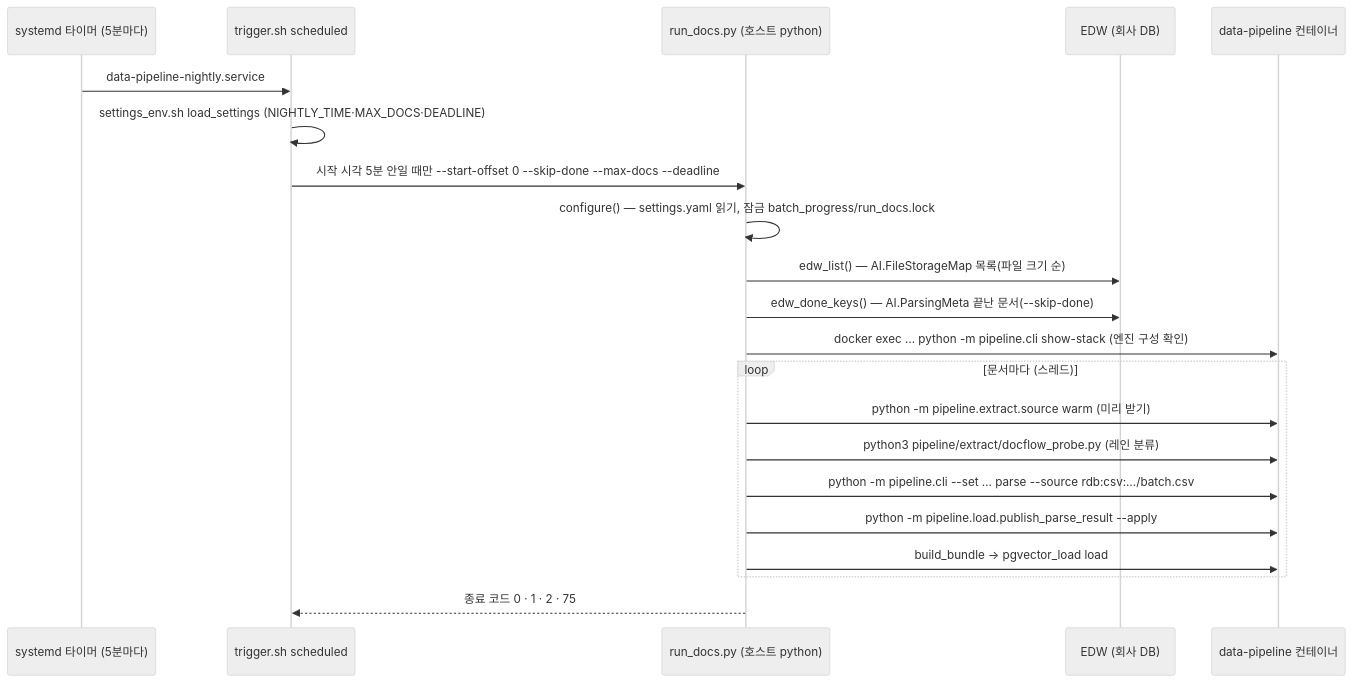
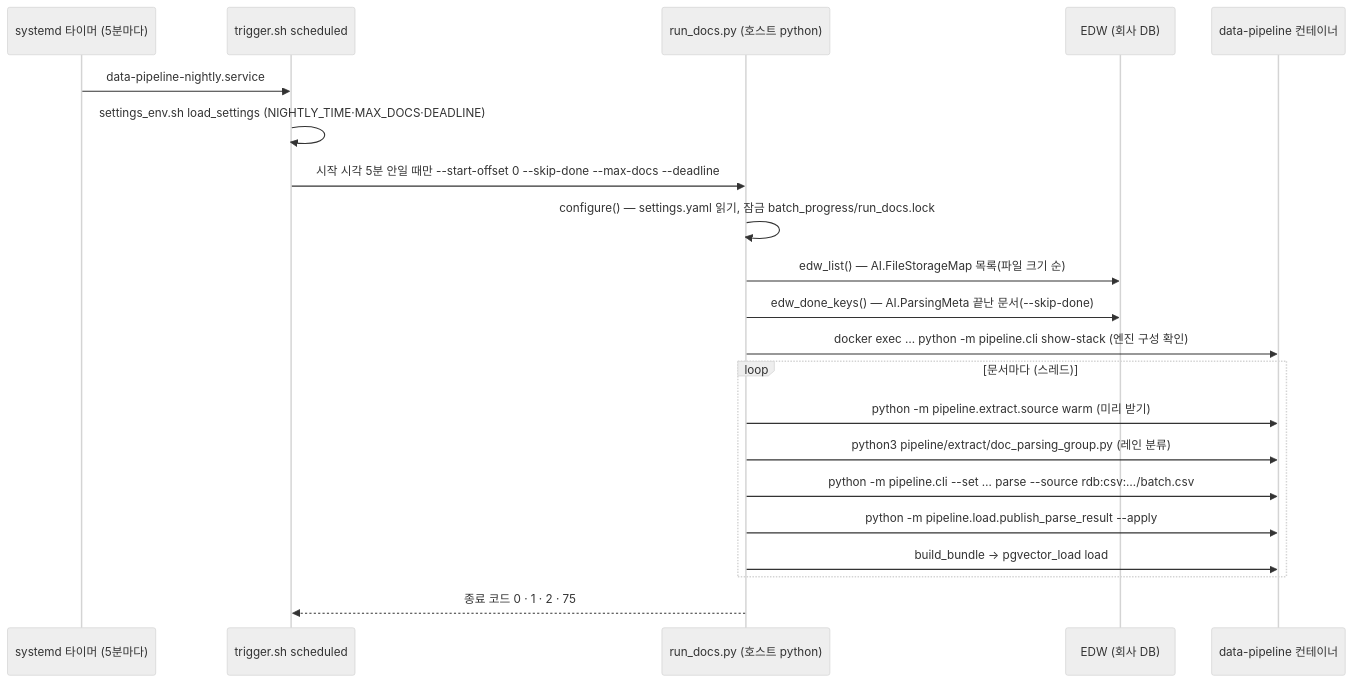
Before and after one commit to gigasamba/sbl_data_parsing: the second of 11 diagrams in docs/architecture/parse_flow.md, drawn with Mermaid (neutral theme). The commit also changed other lines of this file and 19 other files, not shown here.

````diff
--- a/docs/architecture/parse_flow.md
+++ b/docs/architecture/parse_flow.md
@@ -33,23 +33,23 @@
 ```mermaid
 sequenceDiagram
     participant T as systemd 타이머 (5분마다)
     participant S as trigger.sh scheduled
     participant R as run_docs.py (호스트 python)
     participant E as EDW (회사 DB)
     participant C as data-pipeline 컨테이너
     T->>S: data-pipeline-nightly.service
     S->>S: settings_env.sh load_settings (NIGHTLY_TIME·MAX_DOCS·DEADLINE)
     S->>R: 시작 시각 5분 안일 때만 --start-offset 0 --skip-done --max-docs --deadline
     R->>R: configure() — settings.yaml 읽기, 잠금 batch_progress/run_docs.lock
     R->>E: edw_list() — AI.FileStorageMap 목록(파일 크기 순)
     R->>E: edw_done_keys() — AI.ParsingMeta 끝난 문서(--skip-done)
     R->>C: docker exec … python -m pipeline.cli show-stack (엔진 구성 확인)
     loop 문서마다 (스레드)
         R->>C: python -m pipeline.extract.source warm (미리 받기)
-        R->>C: python3 pipeline/extract/docflow_probe.py (레인 분류)
+        R->>C: python3 pipeline/extract/doc_parsing_group.py (레인 분류)
         R->>C: python -m pipeline.cli --set … parse --source rdb:csv:…/batch.csv
         R->>C: python -m pipeline.load.publish_parse_result --apply
         R->>C: build_bundle → pgvector_load load
     end
     R-->>S: 종료 코드 0 · 1 · 2 · 75
 ```
````
